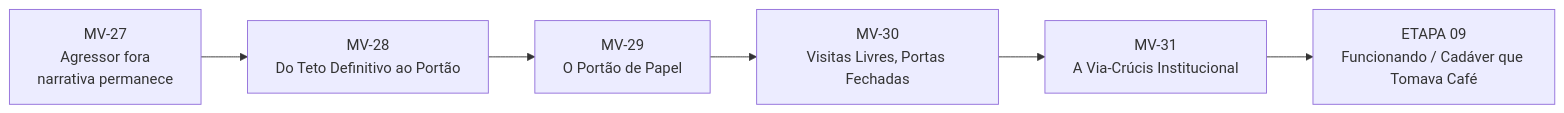
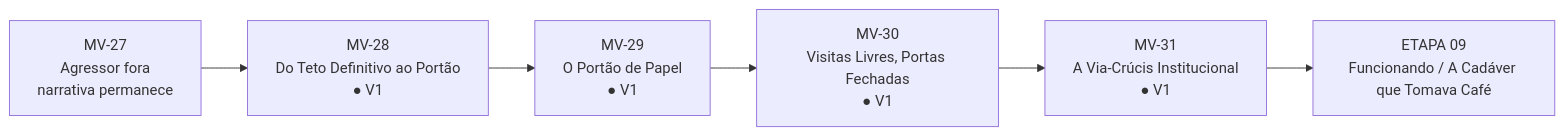
Before and after one commit to Sollimastudio/trilogia-sol-lima: the second of 5 diagrams in 01_MORTE_EM_VIDA/MAPA_VISUAL_PARTE_III_ATUAL.md, drawn with Mermaid. The commit also changed other lines of this file, not shown here.

Commit message:
Fecha mapa visual da Etapa 08 e abre Etapa 09

````diff
--- a/01_MORTE_EM_VIDA/MAPA_VISUAL_PARTE_III_ATUAL.md
+++ b/01_MORTE_EM_VIDA/MAPA_VISUAL_PARTE_III_ATUAL.md
@@ -18,8 +18,8 @@
 ```mermaid
 flowchart LR
-A[MV-27\nAgressor fora\nnarrativa permanece] --> B[MV-28\nDo Teto Definitivo ao Portão]
-B --> C[MV-29\nO Portão de Papel]
-C --> D[MV-30\nVisitas Livres, Portas Fechadas]
-D --> E[MV-31\nA Via-Crúcis Institucional]
-E --> F[ETAPA 09\nFuncionando / Cadáver que Tomava Café]
+A[MV-27\nAgressor fora\nnarrativa permanece] --> B[MV-28\nDo Teto Definitivo ao Portão\n● V1]
+B --> C[MV-29\nO Portão de Papel\n● V1]
+C --> D[MV-30\nVisitas Livres, Portas Fechadas\n● V1]
+D --> E[MV-31\nA Via-Crúcis Institucional\n● V1]
+E --> F[ETAPA 09\nFuncionando / A Cadáver que Tomava Café]
 ```
````
